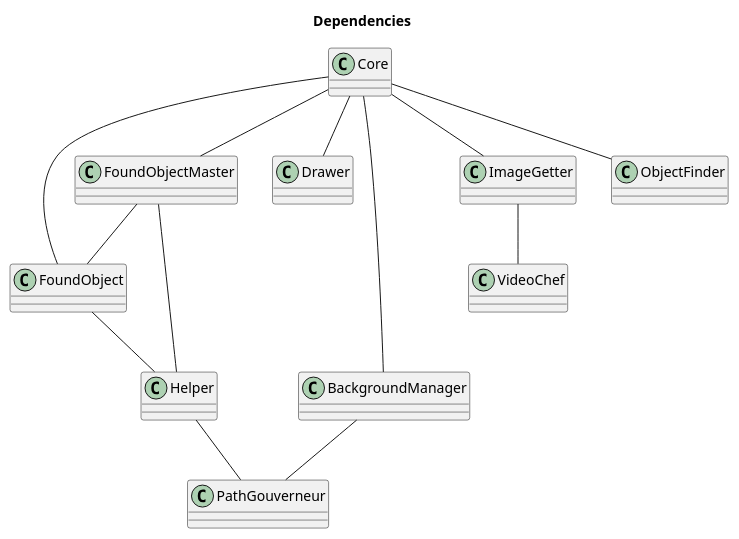
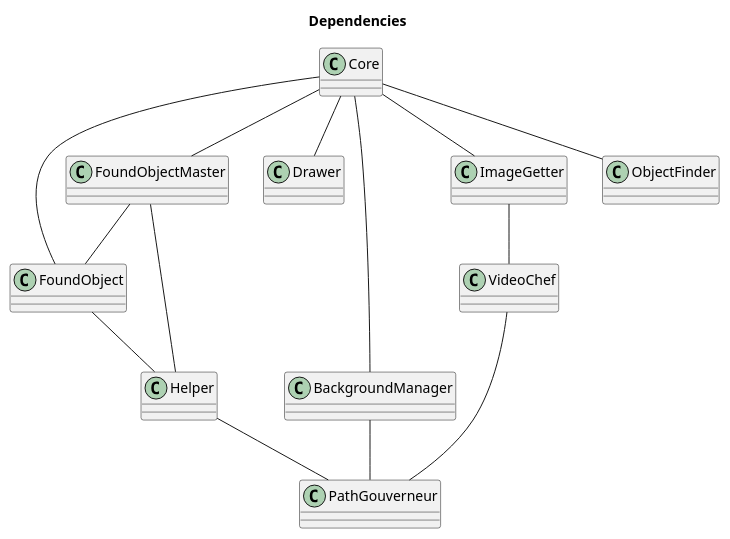
The diagram in doc/uml/swarch.puml (NewTec-GmbH/SpaceShipRadar), drawn with PlantUML before and after one commit. The commit also changed 3 other files, not shown here.

```diff
--- a/doc/uml/swarch.puml
+++ b/doc/uml/swarch.puml
@@ -1,38 +1,40 @@
 @startuml swarch
 title Dependencies
 
 
 
 class Core
 class Helper
 
 class FoundObject
 class FoundObjectMaster
 
 class Drawer
 class BackgroundManager
 class PathGouverneur
 
 class VideoChef
 class ImageGetter
 class ObjectFinder
 
 Core -- FoundObject
 Core -- FoundObjectMaster
 Core -- Drawer
 Core -- BackgroundManager
 Core -- ImageGetter
 Core -- ObjectFinder
 
 Helper -- PathGouverneur
 
 FoundObject -- Helper
 
 FoundObjectMaster -- FoundObject
 FoundObjectMaster -- Helper
 
 BackgroundManager -- PathGouverneur
 
 ImageGetter -- VideoChef
 
+VideoChef -- PathGouverneur
+
 @enduml
```
